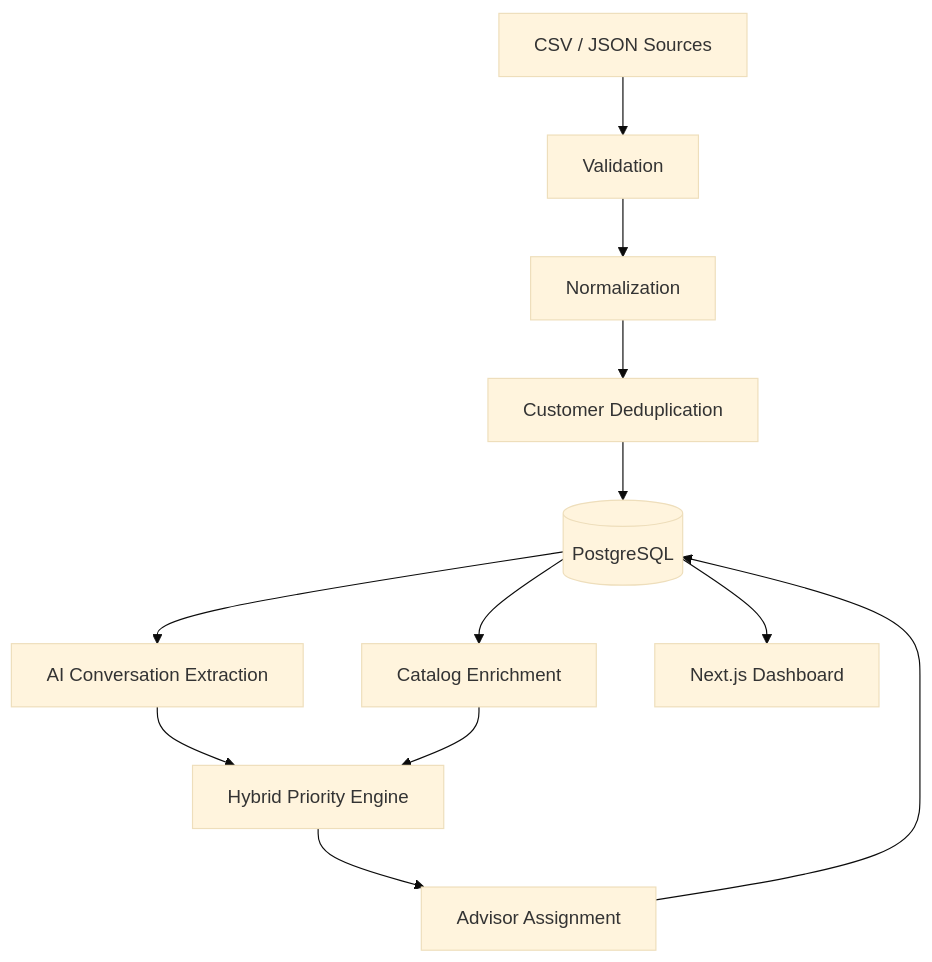
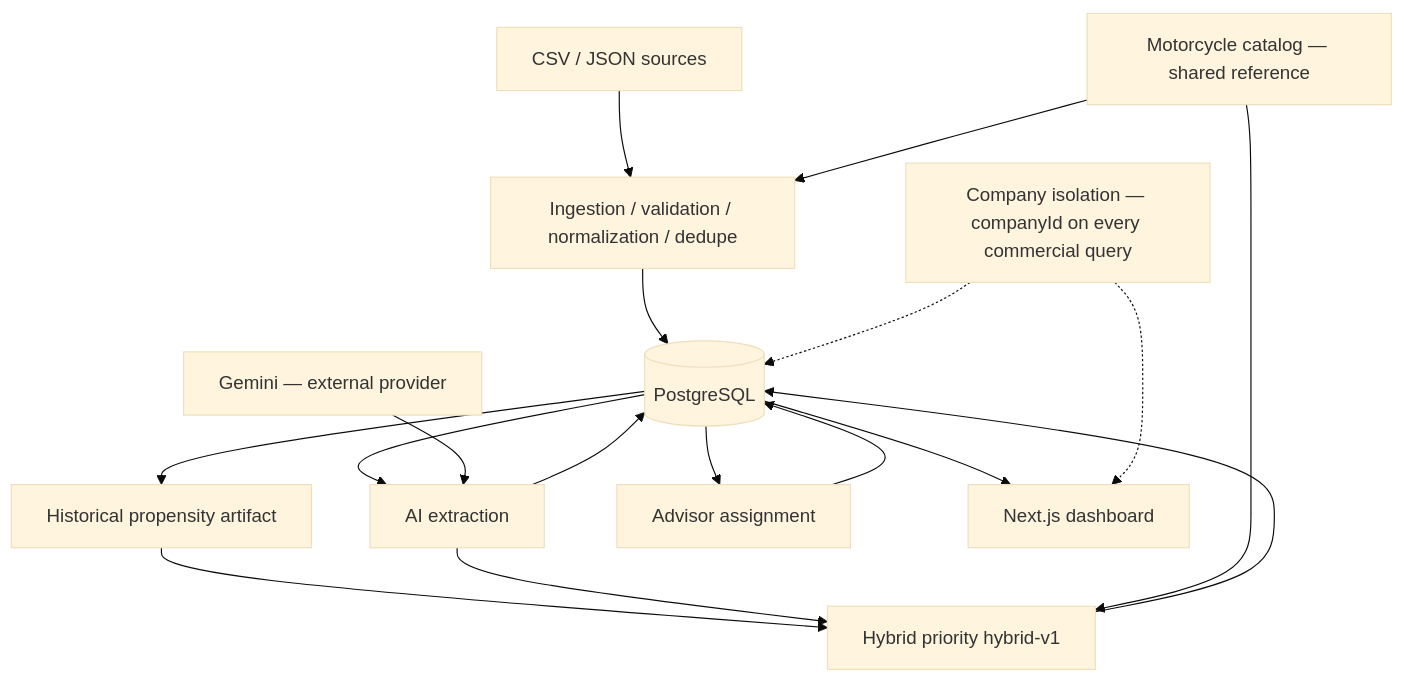
Before and after one commit to EmmanuelML78/lead-intelligence: the diagram in docs/architecture.md, drawn with Mermaid (base theme). The commit also changed other lines of this file and 21 other files, not shown here.

````diff
--- a/docs/architecture.md
+++ b/docs/architecture.md
@@ -3,14 +3,19 @@
 ```mermaid
 flowchart TD
-  A[CSV / JSON Sources] --> B[Validation]
-  B --> C[Normalization]
-  C --> D[Customer Deduplication]
-  D --> E[(PostgreSQL)]
-  E --> F[AI Conversation Extraction]
-  E --> G[Catalog Enrichment]
-  F --> H[Hybrid Priority Engine]
-  G --> H
-  H --> I[Advisor Assignment]
-  I --> E
-  E --> J[Next.js Dashboard]
+  SRC[CSV / JSON sources] --> ING[Ingestion / validation / normalization / dedupe]
+  CAT[Motorcycle catalog — shared reference] --> ING
+  ING --> PG[(PostgreSQL)]
+  PG --> AI[AI extraction]
+  GEM[Gemini — external provider] --> AI
+  AI --> PG
+  PG --> PROP[Historical propensity artifact]
+  PROP --> HYB[Hybrid priority hybrid-v1]
+  AI --> HYB
+  CAT --> HYB
+  HYB --> PG
+  PG --> ASN[Advisor assignment]
+  ASN --> PG
+  PG --> UI[Next.js dashboard]
+  ISO[Company isolation — companyId on every commercial query] -.-> PG
+  ISO -.-> UI
 ```
````
